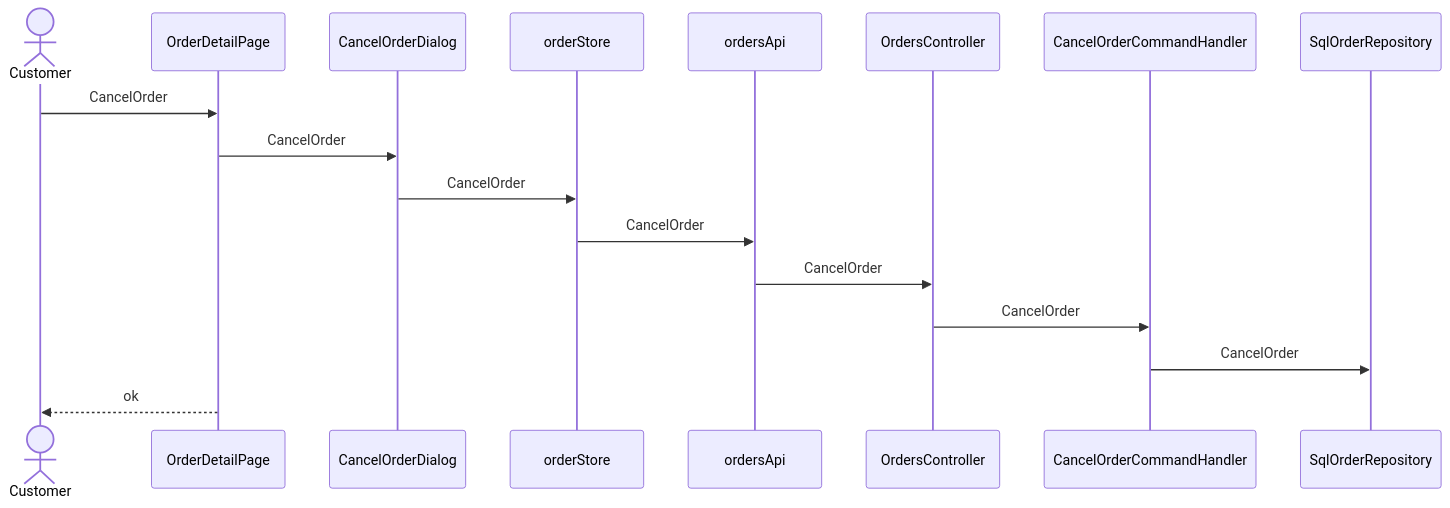
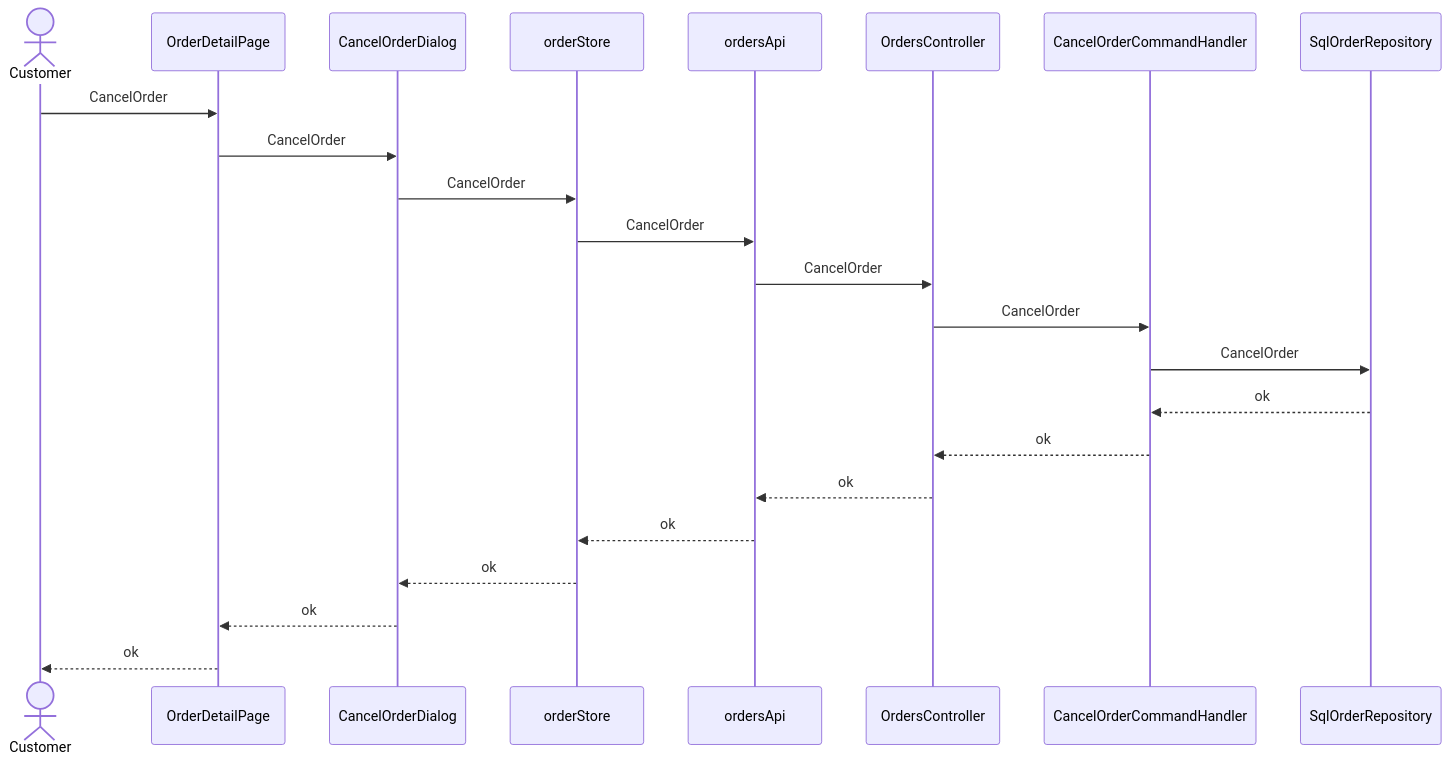
The fourth of 6 diagrams in skills/spec-dev-process/examples/matrix/fs-front-en-s1/specs/rd/order-cancel/spec/30-architecture-c4.md (pin0513/AITools), drawn with Mermaid before and after one commit. The commit also changed other lines of this file and 257 other files, not shown here.

````diff
--- a/skills/spec-dev-process/examples/matrix/fs-front-en-s1/specs/rd/order-cancel/spec/30-architecture-c4.md
+++ b/skills/spec-dev-process/examples/matrix/fs-front-en-s1/specs/rd/order-cancel/spec/30-architecture-c4.md
@@ -110,19 +110,25 @@
 ```mermaid
 sequenceDiagram
   actor U as Customer
   participant CMP001 as OrderDetailPage
   participant CMP002 as CancelOrderDialog
   participant CMP004 as orderStore
   participant CMP005 as ordersApi
   participant CMP006 as OrdersController
   participant CMP007 as CancelOrderCommandHandler
   participant CMP010 as SqlOrderRepository
   U->>CMP001: CancelOrder
   CMP001->>CMP002: CancelOrder
   CMP002->>CMP004: CancelOrder
   CMP004->>CMP005: CancelOrder
   CMP005->>CMP006: CancelOrder
   CMP006->>CMP007: CancelOrder
   CMP007->>CMP010: CancelOrder
+  CMP010-->>CMP007: ok
+  CMP007-->>CMP006: ok
+  CMP006-->>CMP005: ok
+  CMP005-->>CMP004: ok
+  CMP004-->>CMP002: ok
+  CMP002-->>CMP001: ok
   CMP001-->>U: ok
 ```
````
